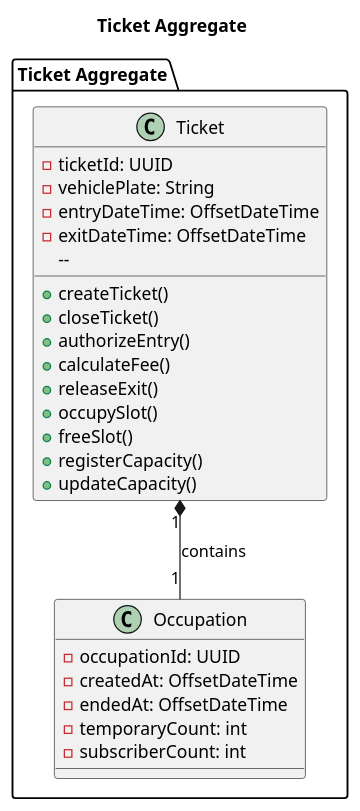
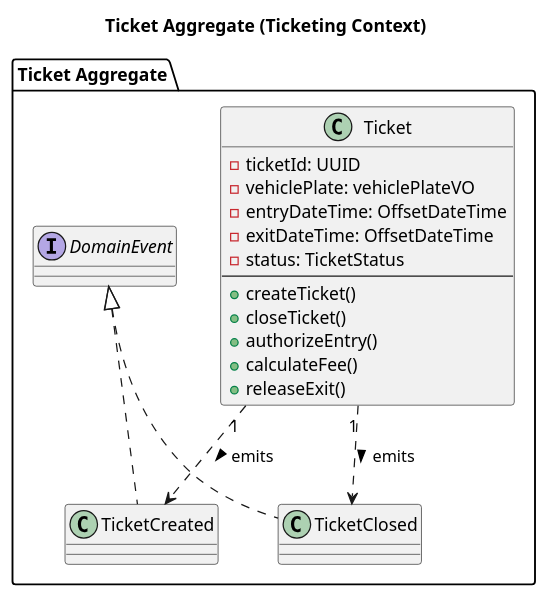
One commit to carlossfb/NeoParking-DDD changed the diagram in docs/ticket.puml. Above: the diagram before and after it, drawn with PlantUML. The commit also changed 10 other files, not shown here.

Commit message:
DOCS: Add occupation as a single context, and refers IOT external integration

```diff
--- a/docs/ticket.puml
+++ b/docs/ticket.puml
@@ -1,33 +1,27 @@
 @startuml
-title Ticket Aggregate
+title Ticket Aggregate (Ticketing Context)
 
 package "Ticket Aggregate" {
-
   class Ticket {
     - ticketId: UUID
-    - vehiclePlate: String
+    - vehiclePlate: vehiclePlateVO
     - entryDateTime: OffsetDateTime
     - exitDateTime: OffsetDateTime
-    --  
+    - status: TicketStatus
+    --
     + createTicket()
     + closeTicket()
     + authorizeEntry()
     + calculateFee()
     + releaseExit()
-    + occupySlot()
-    + freeSlot()
-    + registerCapacity()
-    + updateCapacity()
   }
 
-  class Occupation {
-    - occupationId: UUID
-    - createdAt: OffsetDateTime
-    - endedAt: OffsetDateTime
-    - temporaryCount: int
-    - subscriberCount: int
-  }
+  interface DomainEvent
 
-  Ticket "1" *-- "1" Occupation : contains
+  class TicketCreated implements DomainEvent
+  class TicketClosed implements DomainEvent
+
+  Ticket "1" ..> TicketCreated : emits >
+  Ticket "1" ..> TicketClosed : emits >
 }
 @enduml
```
